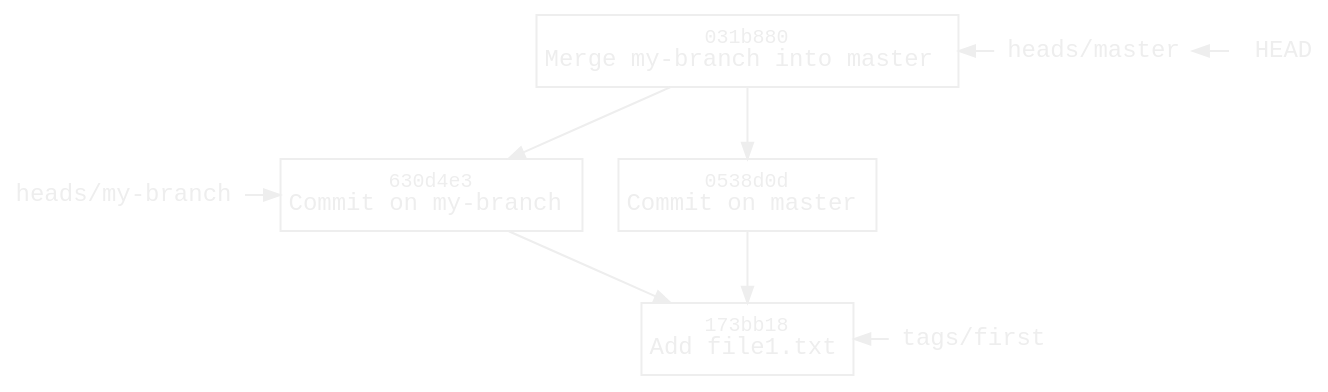
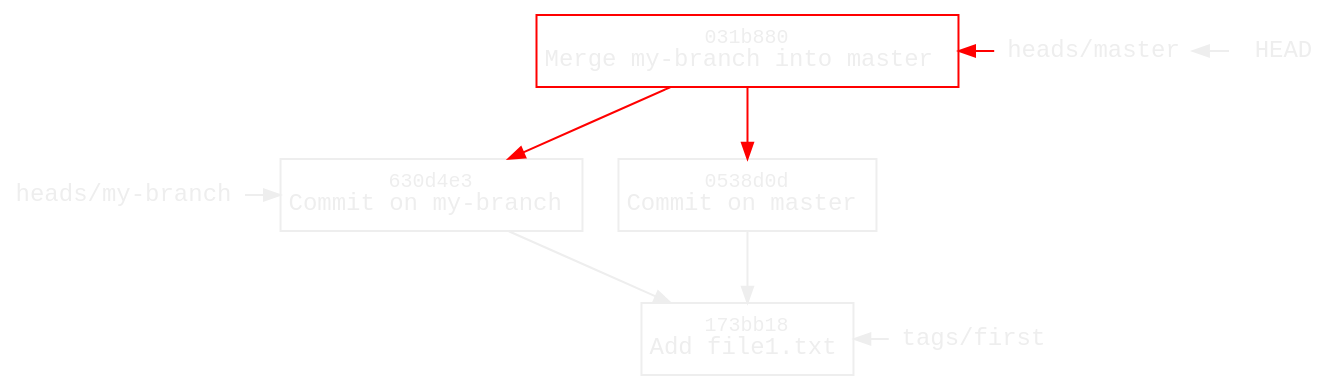
The diagram in content/blog/git/branch-merge.dot (williamvds/website), drawn with Graphviz before and after one commit. The commit also changed 11 other files, not shown here.

Commit message:
blog: Git: highlight changes in history diagrams

```diff
--- a/content/blog/git/branch-merge.dot
+++ b/content/blog/git/branch-merge.dot
@@ -1,43 +1,44 @@
 digraph branch {
     bgcolor = transparent
     color = white
 
     node [fontname=monospace, fontsize=12, fontcolor="#eeeeee"
           margin="0.06,0.1", height=0, color="#eeeeee"]
     edge [fontcolor="#eeeeee", color="#eeeeee", arrowsize=0.8]
 
     node [shape=box, labeldistance=0.2]
     "173bb18" [label=<<font point-size="10">173bb18</font><br/>Add file1.txt>]
     "630d4e3" [label=<<font point-size="10">630d4e3</font><br/>Commit on my-branch>]
     "0538d0d" [label=<<font point-size="10">0538d0d</font><br/>Commit on master>]
-    "031b880" [label=<<font point-size="10">031b880</font><br/>Merge my-branch into master>]
+    "031b880" [label=<<font point-size="10">031b880</font><br/>Merge my-branch into master>
+        color=red]
 
     node [shape=none, margin=0.05, height=0]
     HEAD
     master [label="heads/master"]
     my_branch [label="heads/my-branch"]
     first [label="tags/first"]
 
     "630d4e3" -> "173bb18"
     "0538d0d" -> "173bb18" [weight=2]
-    "031b880" -> "630d4e3"
-    "031b880" -> "0538d0d" [weight=2]
+    "031b880" -> "630d4e3" [color=red]
+    "031b880" -> "0538d0d" [weight=2 color=red]
 
     {
         rank = same
         first -> "173bb18" [constraint=false]
     }
 
     {
         rank = same
          // Force 630d4e3 to be on top of 0538d0d
         "630d4e3" -> "0538d0d" [style=invis, weight=1]
         my_branch -> "630d4e3"
     }
 
     {
         rank = same
         HEAD -> master [constraint=false]
-        master -> "031b880" [constraint=false]
+        master -> "031b880" [constraint=false color=red]
     }
 }
```
